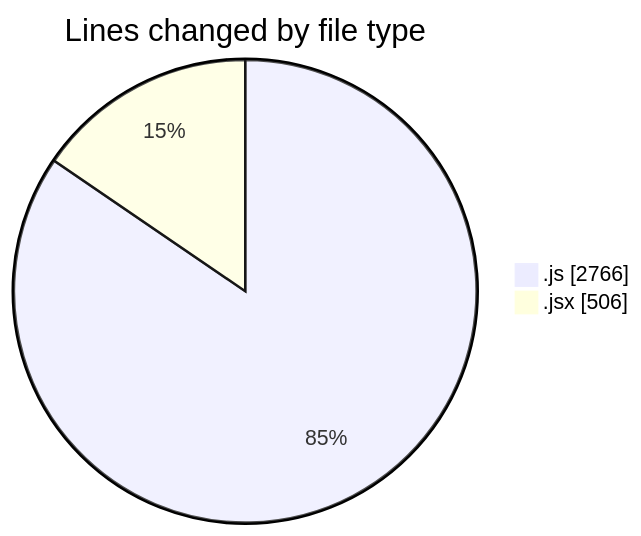
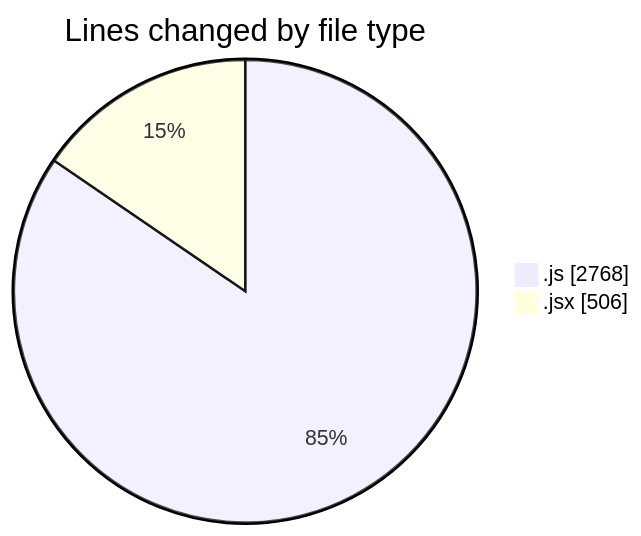
The first of 2 diagrams in 2025-07-27/nxtqube_webapp/README.md (nxtqubesakshisongat/code-tracking), drawn with Mermaid before and after one commit. The commit also changed other lines of this file and 1 other file, not shown here.

````diff
--- a/2025-07-27/nxtqube_webapp/README.md
+++ b/2025-07-27/nxtqube_webapp/README.md
@@ -26,6 +26,6 @@
 ```mermaid
 pie showData
 title Lines changed by file type
-".js" : 2766
+".js" : 2768
 ".jsx" : 506
 ```
````
